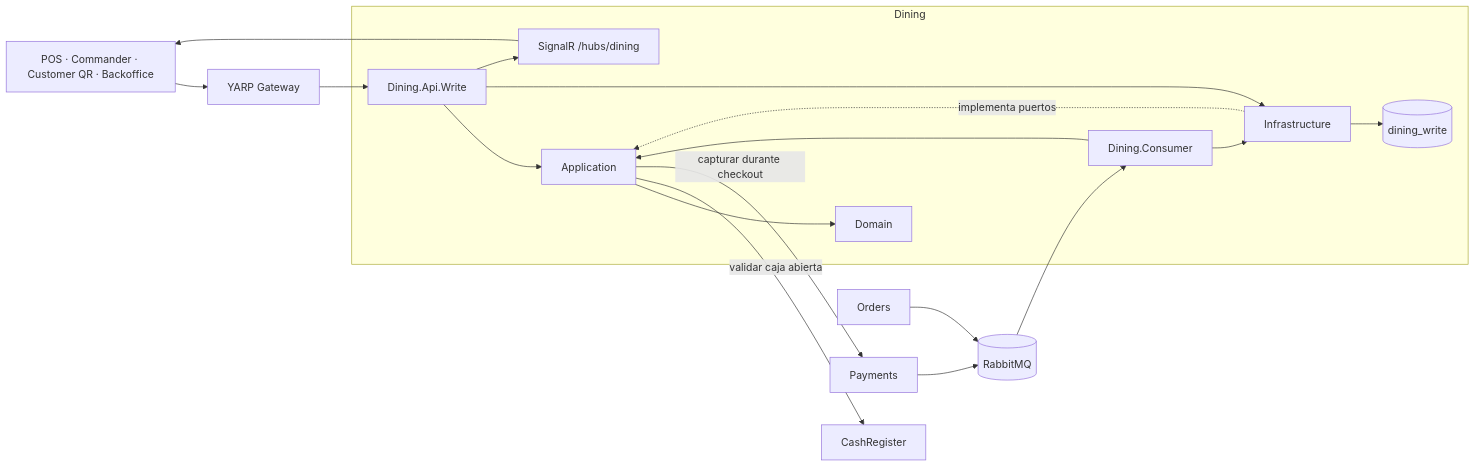
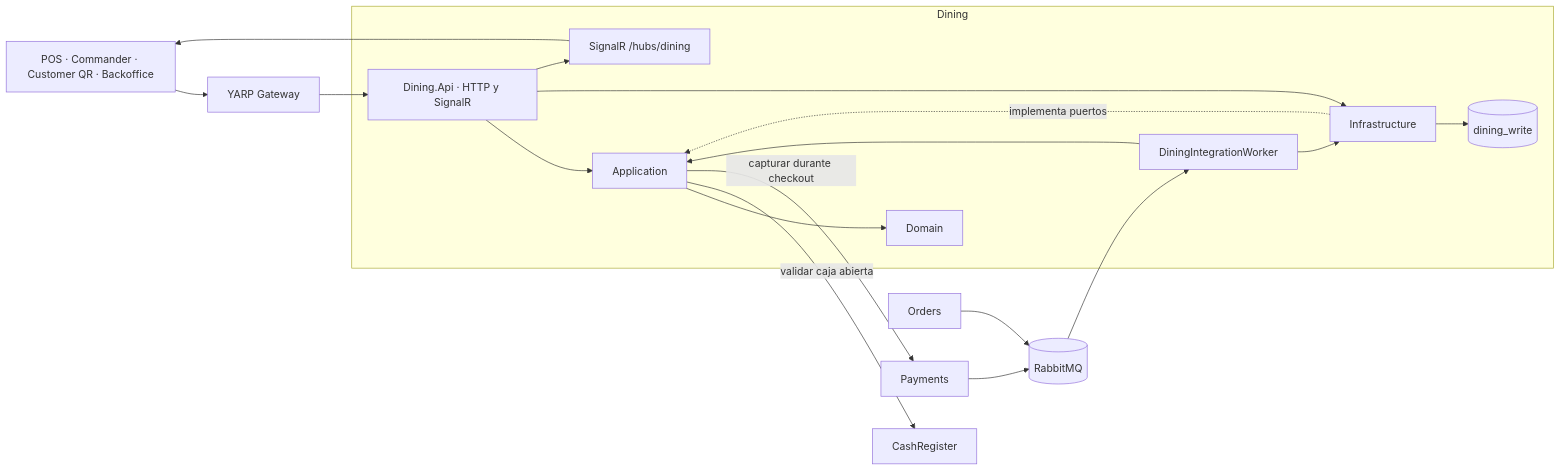
Before and after one commit to sergioocode/Restaurantes: the first of 5 diagrams in docs/Dining.README.md, drawn with Mermaid. The commit also changed other lines of this file and 11 other files, not shown here.

````diff
--- a/docs/Dining.README.md
+++ b/docs/Dining.README.md
@@ -55,34 +55,34 @@
 ```mermaid
 flowchart LR
     Clients["POS · Commander · Customer QR · Backoffice"]
     Gateway["YARP Gateway"]
     Cash["CashRegister"]
     Payments["Payments"]
     Orders["Orders"]
     Rabbit[("RabbitMQ")]
 
     subgraph Dining["Dining"]
-        Api["Dining.Api.Write"]
+        Api["Dining.Api · HTTP y SignalR"]
         App["Application"]
         Domain["Domain"]
         Infra["Infrastructure"]
-        Consumer["Dining.Consumer"]
+        Consumer["DiningIntegrationWorker"]
         Db[("dining_write")]
         Hub["SignalR /hubs/dining"]
     end
 
     Clients --> Gateway --> Api
     Api --> App --> Domain
     Api --> Infra --> Db
     Infra -. implementa puertos .-> App
     Api --> Hub --> Clients
 
     App -->|validar caja abierta| Cash
     App -->|capturar durante checkout| Payments
 
     Orders --> Rabbit
     Payments --> Rabbit
     Rabbit --> Consumer
     Consumer --> App
     Consumer --> Infra
 ```
````
